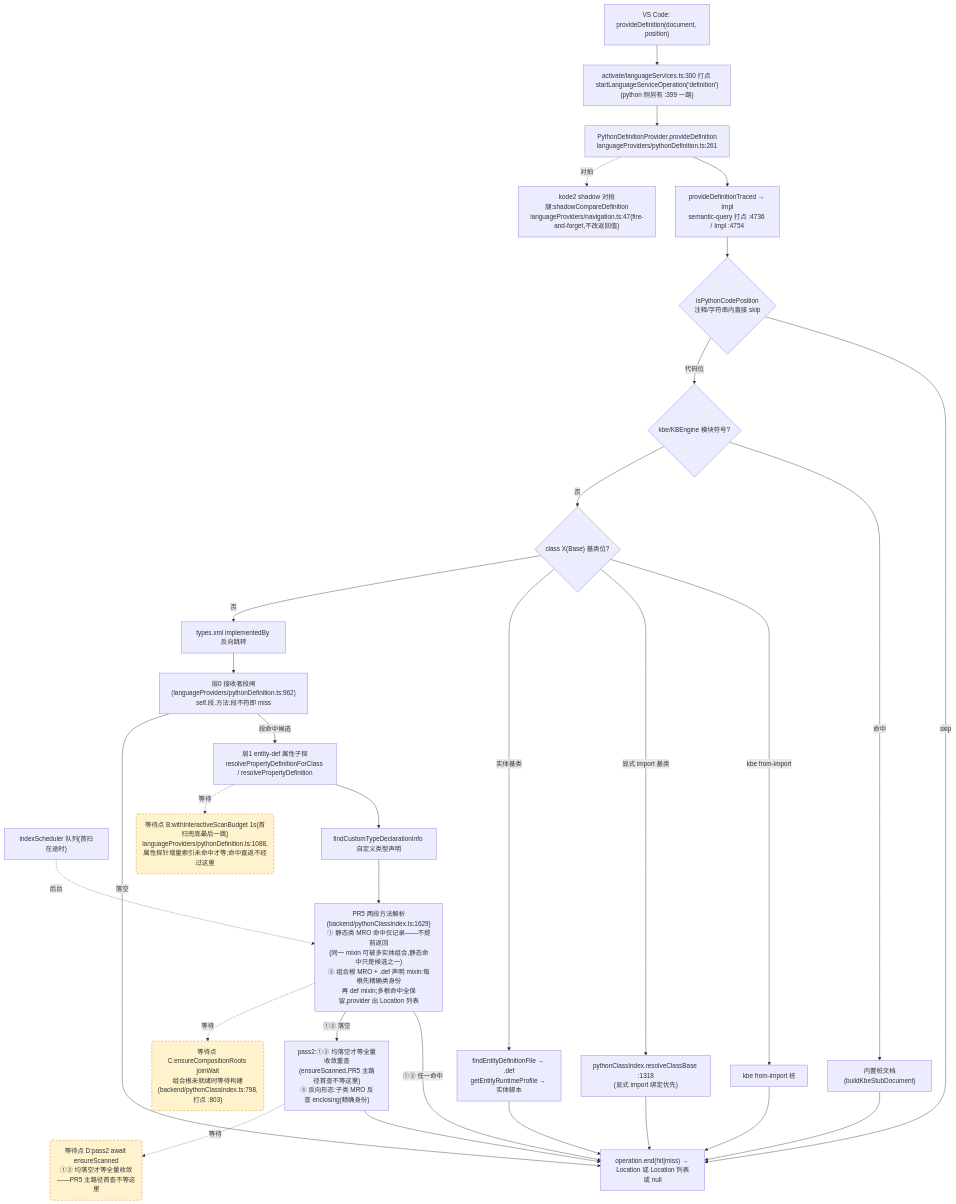
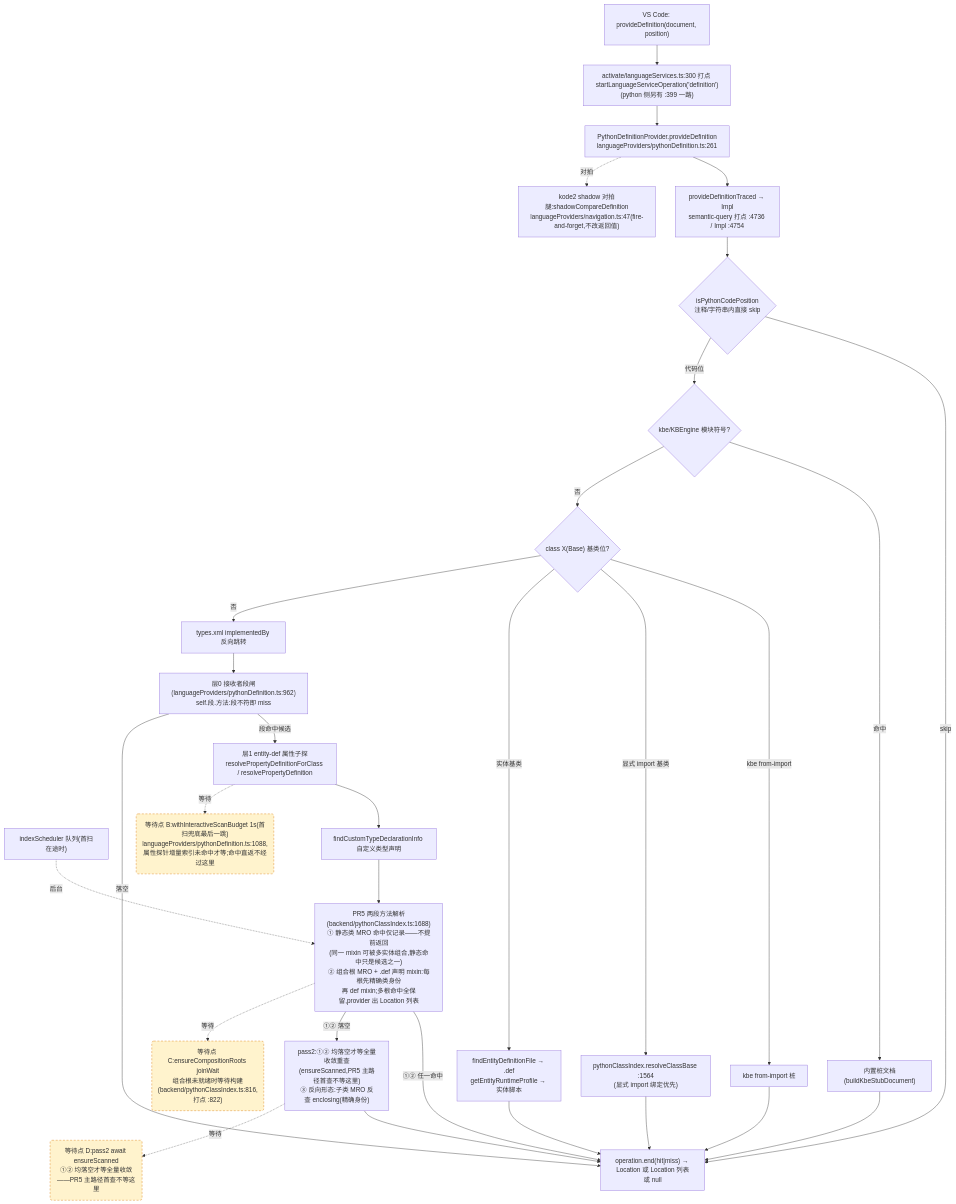
Before and after one commit to cuihairu/kode: the second of 4 diagrams in docs/perf/2026-baseline.md, drawn with Mermaid. The commit also changed other lines of this file and 41 other files, not shown here.

````diff
--- a/docs/perf/2026-baseline.md
+++ b/docs/perf/2026-baseline.md
@@ -158,51 +159,51 @@
 ```mermaid
 flowchart TD
   VC2["VS Code: provideDefinition(document, position)"]
   M2["activate/languageServices.ts:300 打点 startLanguageServiceOperation('definition')<br/>(python 侧另有 :399 一路)"]
   AD2["PythonDefinitionProvider.provideDefinition<br/>languageProviders/pythonDefinition.ts:261"]
   TR["provideDefinitionTraced → Impl<br/>semantic-query 打点 :4736 / Impl :4754"]
   CTX{"isPythonCodePosition<br/>注释/字符串内直接 skip"}
   KBE{"kbe/KBEngine 模块符号?"}
   STUB["内置桩文档(buildKbeStubDocument)"]
   CB{"class X(Base) 基类位?"}
   CB1["kbe from-import 桩"]
-  CB2["pythonClassIndex.resolveClassBase :1318<br/>(显式 import 绑定优先)"]
+  CB2["pythonClassIndex.resolveClassBase :1564<br/>(显式 import 绑定优先)"]
   CB3["findEntityDefinitionFile → .def<br/>getEntityRuntimeProfile → 实体脚本"]
   REV["types.xml implementedBy 反向跳转"]
   L0["层0 接收者段闸(languageProviders/pythonDefinition.ts:962)<br/>self.段.方法:段不符即 miss"]
   L1["层1 entity-def 属性子探<br/>resolvePropertyDefinitionForClass / resolvePropertyDefinition"]
   SCAN["indexScheduler 队列(首扫在途时)"]
   TY["findCustomTypeDeclarationInfo 自定义类型声明"]
-  MRO["PR5 两段方法解析(backend/pythonClassIndex.ts:1629)<br/>① 静态类 MRO 命中仅记录——不提前返回<br/>(同一 mixin 可被多实体组合,静态命中只是候选之一)<br/>② 组合根 MRO + .def 声明 mixin:每根先精确类身份<br/>再 def mixin;多根命中全保留,provider 出 Location 列表"]
+  MRO["PR5 两段方法解析(backend/pythonClassIndex.ts:1688)<br/>① 静态类 MRO 命中仅记录——不提前返回<br/>(同一 mixin 可被多实体组合,静态命中只是候选之一)<br/>② 组合根 MRO + .def 声明 mixin:每根先精确类身份<br/>再 def mixin;多根命中全保留,provider 出 Location 列表"]
   PASS2["pass2:①② 均落空才等全量收敛重查<br/>(ensureScanned,PR5 主路径首查不等这里)<br/>③ 反向形态:子类 MRO 反查 enclosing(精确身份)"]
   SHD["kode2 shadow 对拍腿:shadowCompareDefinition<br/>languageProviders/navigation.ts:47(fire-and-forget,不改返回值)"]
   END2["operation.end(hit|miss) → Location 或 Location 列表或 null"]
 
   VC2 --> M2 --> AD2 --> TR --> CTX
   CTX -- "skip" --> END2
   CTX -- "代码位" --> KBE
   KBE -- "命中" --> STUB --> END2
   KBE -- "否" --> CB
   CB -- "kbe from-import" --> CB1 --> END2
   CB -- "显式 import 基类" --> CB2 --> END2
   CB -- "实体基类" --> CB3 --> END2
   CB -- "否" --> REV --> L0
   L0 -- "段命中候选" --> L1
   L0 -- "落空" --> END2
   L1 --> TY
   TY --> MRO
   MRO -- "①② 任一命中" --> END2
   MRO -- "①② 落空" --> PASS2 --> END2
   AD2 -.->|对拍| SHD
 
   WAITB("等待点 B:withInteractiveScanBudget 1s(首扫兜底最后一跳)<br/>languageProviders/pythonDefinition.ts:1088,属性探针增量索引未命中才等;命中直返不经过这里")
-  WAITC("等待点 C:ensureCompositionRoots joinWait<br/>组合根未就绪时等待构建(backend/pythonClassIndex.ts:798,打点 :803)")
+  WAITC("等待点 C:ensureCompositionRoots joinWait<br/>组合根未就绪时等待构建(backend/pythonClassIndex.ts:816,打点 :822)")
   WAITD("等待点 D:pass2 await ensureScanned<br/>①② 均落空才等全量收敛——PR5 主路径首查不等这里")
   L1 -.->|等待| WAITB
   MRO -.->|等待| WAITC
   PASS2 -.->|等待| WAITD
   SCAN -.->|后台| MRO
 
   classDef waitPoint fill:#fff3cd,stroke:#d97706,stroke-dasharray:5 4;
   class WAITB,WAITC,WAITD waitPoint;
 ```
````
